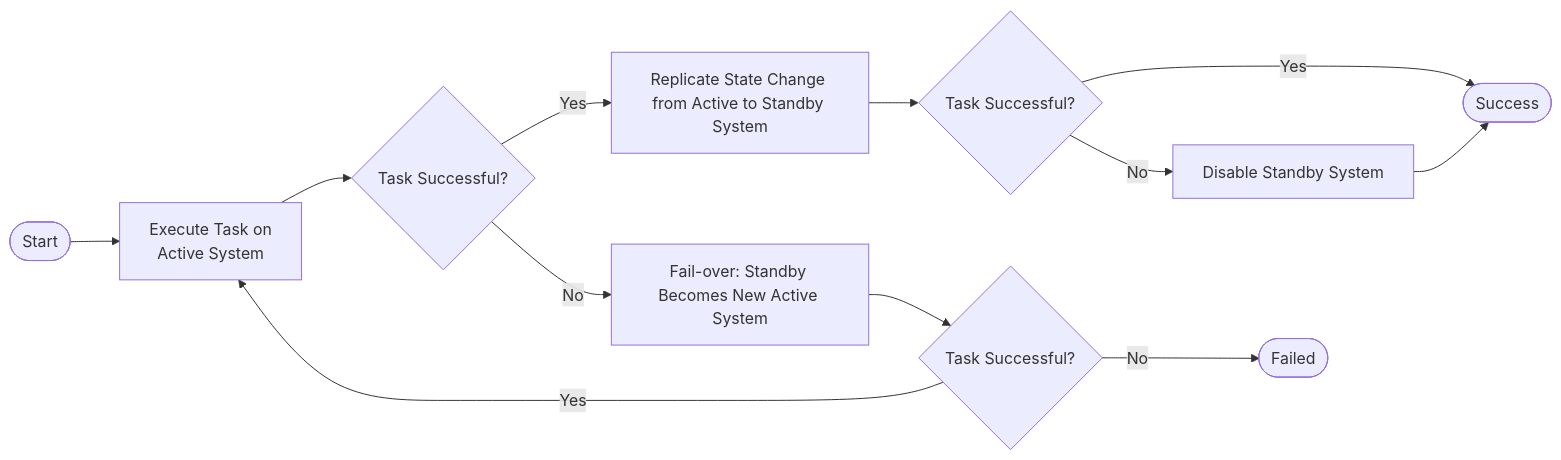
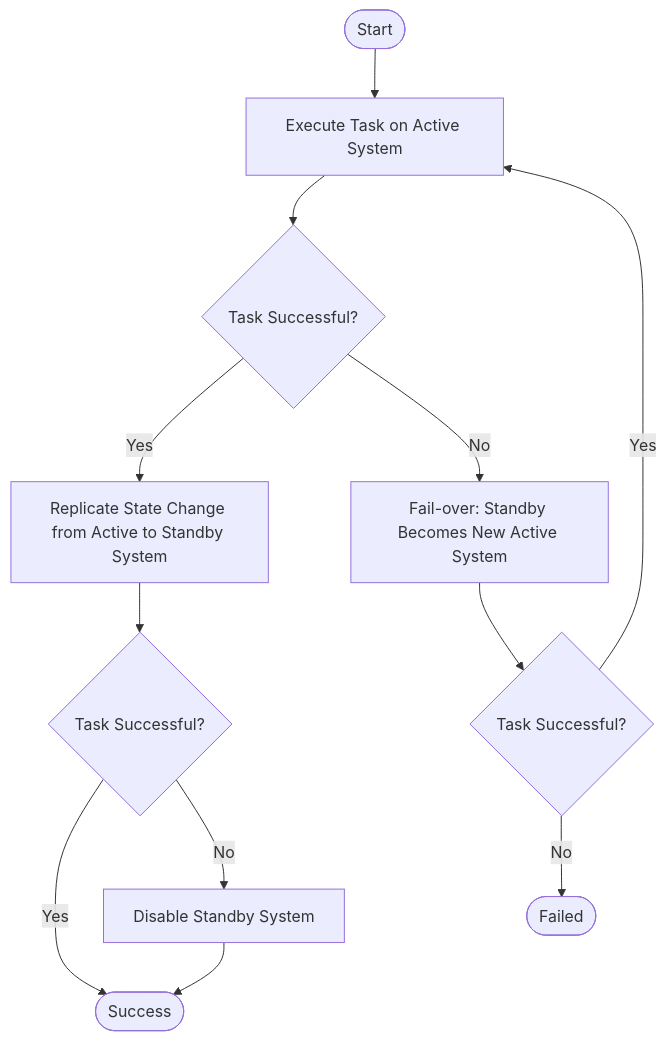
Before and after one commit to ORNL/intersect-architecture: the diagram in sos/logical/resilience/active_standby.rst, drawn with Mermaid. The commit also changed 1 other file, not shown here.

Commit message:
Initial workflows for active/standby and n-modular redundancy resilience pattern.

```diff
--- a/sos/logical/resilience/active_standby.rst
+++ b/sos/logical/resilience/active_standby.rst
@@ -182,17 +182,17 @@
    .. mermaid::
       :name: intersect:arch:sos:logical:resilience:patterns:active_standby:workflow
       :caption: Active/Standby pattern workflow
       :align: center
 
-      flowchart LR
-         A(["Start"]) --> B["Execute Task on<br>Active System"]
+      flowchart TD
+         A(["Start"]) --> B["Execute Task on Active System"]
          B --> C{"Task Successful?"}
          C -->|Yes| D["Replicate State Change from Active to Standby System"]
          C -->|No| E["Fail-over: Standby Becomes New Active System"]
          E --> F{"Task Successful?"}
          F -->|Yes| B
          F -->|No| G(["Failed"])
          D --> H{"Task Successful?"}
          H -->|Yes| I(["Success"])
          H -->|No| J["Disable Standby System"]
          J --> I
```
